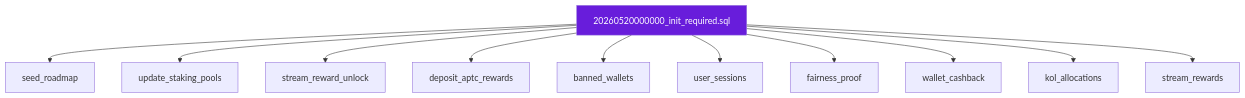
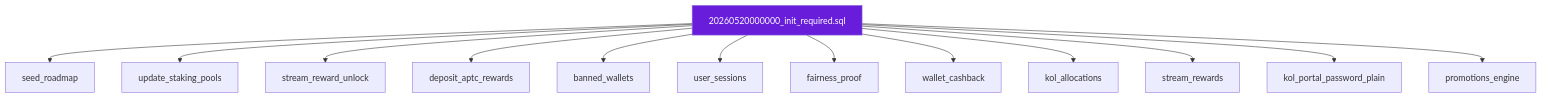
The second of 2 diagrams in supabase/README.md (AmaanSayyad/apt-casino), drawn with Mermaid before and after one commit. The commit also changed other lines of this file and 14 other files, not shown here.

First line of the commit message:
Refresh docs and Mermaid diagrams for promotions release.

````diff
--- a/supabase/README.md
+++ b/supabase/README.md
@@ -29,15 +31,17 @@
 ```mermaid
 flowchart TD
     INIT[20260520000000_init_required.sql] --> R1[seed_roadmap]
     INIT --> R2[update_staking_pools]
     INIT --> R3[stream_reward_unlock]
     INIT --> R4[deposit_aptc_rewards]
     INIT --> R5[banned_wallets]
     INIT --> R6[user_sessions]
     INIT --> R7[fairness_proof]
     INIT --> R8[wallet_cashback]
     INIT --> R9[kol_allocations]
     INIT --> R10[stream_rewards]
+    INIT --> R11[kol_portal_password_plain]
+    INIT --> R12[promotions_engine]
 
     style INIT fill:#681DDB,color:#fff
 ```
````
